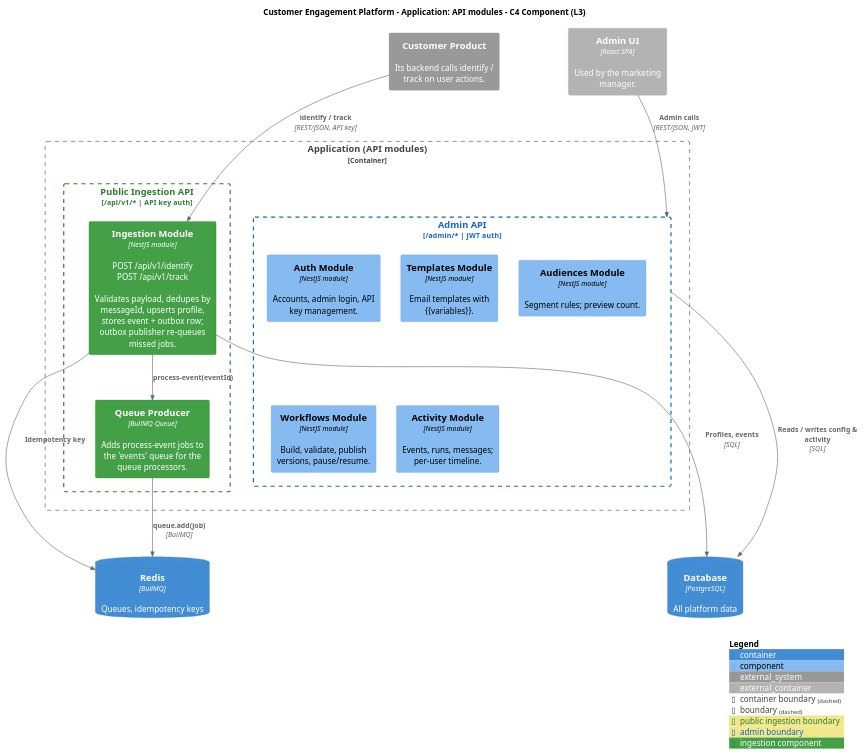
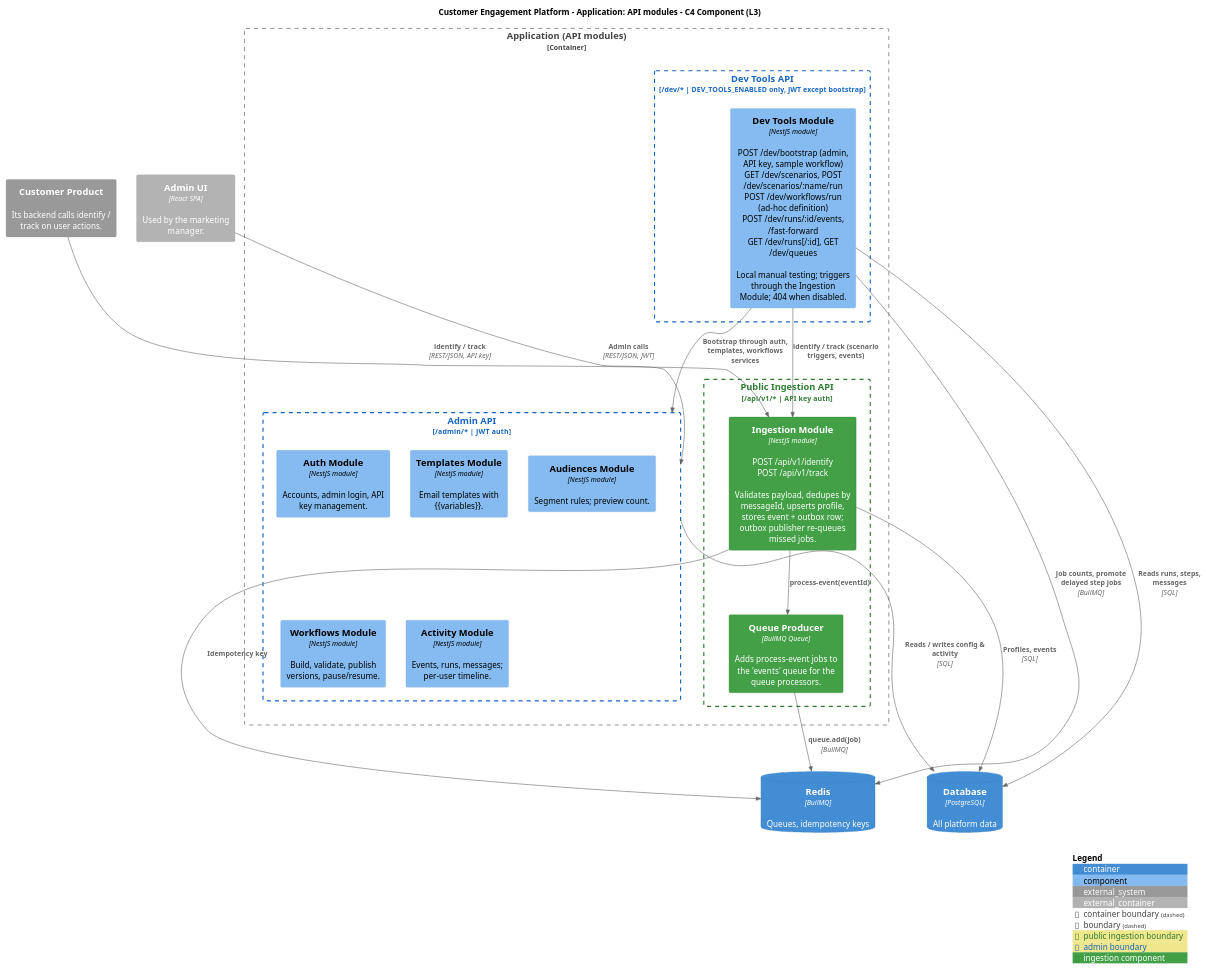
The diagram in documentation/c4-component-api-server.puml (myroslavve/customer-engagement-platform), drawn with PlantUML before and after one commit. The commit also changed 49 other files, not shown here.

First line of the commit message:
feat: add dev tools endpoints and HTTP-level integration tests

```diff
--- a/documentation/c4-component-api-server.puml
+++ b/documentation/c4-component-api-server.puml
@@ -1,54 +1,65 @@
 @startuml C4_L3_API_Server
 !include <C4/C4_Component>
 
 title Customer Engagement Platform - Application: API modules - C4 Component (L3)
 
 AddBoundaryTag("public", $borderColor="#2E7D32", $fontColor="#2E7D32", $borderThickness="2", $legendText="public ingestion boundary")
 AddBoundaryTag("admin", $borderColor="#1565C0", $fontColor="#1565C0", $borderThickness="2", $legendText="admin boundary")
 AddComponentTag("ingest", $bgColor="#43A047", $borderColor="#2E7D32", $fontColor="#ffffff", $legendText="ingestion component")
 
 System_Ext(product, "Customer Product", "Its backend calls identify / track on user actions.")
 Container_Ext(adminUi, "Admin UI", "React SPA", "Used by the marketing manager.")
 
 Container_Boundary(api, "Application (API modules)") {
 
   Boundary(publicApi, "Public Ingestion API", "/api/v1/*  |  API key auth", $tags="public") {
     Component(ingestMod, "Ingestion Module", "NestJS module", "POST /api/v1/identify\nPOST /api/v1/track\n\nValidates payload, dedupes by messageId, upserts profile, stores event + outbox row; outbox publisher re-queues missed jobs.", $tags="ingest")
     Component(producer, "Queue Producer", "BullMQ Queue", "Adds process-event jobs to the 'events' queue for the queue processors.", $tags="ingest")
   }
 
   Boundary(adminApi, "Admin API", "/admin/*  |  JWT auth", $tags="admin") {
     Component(authMod, "Auth Module", "NestJS module", "Accounts, admin login, API key management.")
     Component(templatesMod, "Templates Module", "NestJS module", "Email templates with {{variables}}.")
     Component(audiencesMod, "Audiences Module", "NestJS module", "Segment rules; preview count.")
     Component(workflowsMod, "Workflows Module", "NestJS module", "Build, validate, publish versions, pause/resume.")
     Component(activityMod, "Activity Module", "NestJS module", "Events, runs, messages; per-user timeline.")
+  }
+
+  Boundary(devApi, "Dev Tools API", "/dev/*  |  DEV_TOOLS_ENABLED only, JWT except bootstrap", $tags="admin") {
+    Component(devToolsMod, "Dev Tools Module", "NestJS module", "POST /dev/bootstrap (admin, API key, sample workflow)\nGET /dev/scenarios, POST /dev/scenarios/:name/run\nPOST /dev/workflows/run (ad-hoc definition)\nPOST /dev/runs/:id/events, /fast-forward\nGET /dev/runs[/:id], GET /dev/queues\n\nLocal manual testing; triggers through the Ingestion Module; 404 when disabled.")
   }
 }
 
 ContainerDb(redis, "Redis", "BullMQ", "Queues, idempotency keys")
 ContainerDb(pg, "Database", "PostgreSQL", "All platform data")
 
 ' ---- layout hints ----
 Lay_R(product, adminUi)
 Lay_R(publicApi, adminApi)
 Lay_D(ingestMod, producer)
 Lay_R(authMod, templatesMod)
 Lay_R(templatesMod, audiencesMod)
 Lay_D(authMod, workflowsMod)
 Lay_R(workflowsMod, activityMod)
 Lay_R(redis, pg)
 
 ' ---- ingestion path ----
 Rel(product, ingestMod, "identify / track", "REST/JSON, API key")
 Rel(ingestMod, producer, "process-event(eventId)")
 Rel(ingestMod, pg, "Profiles, events", "SQL")
 Rel(ingestMod, redis, "Idempotency key")
 Rel(producer, redis, "queue.add(job)", "BullMQ")
 
 ' ---- admin path ----
 Rel(adminUi, adminApi, "Admin calls", "REST/JSON, JWT")
 Rel(adminApi, pg, "Reads / writes config & activity", "SQL")
 
+' ---- dev tools (local only) ----
+Lay_D(adminApi, devApi)
+Rel(devToolsMod, adminApi, "Bootstrap through auth, templates, workflows services")
+Rel(devToolsMod, ingestMod, "identify / track (scenario triggers, events)")
+Rel(devToolsMod, pg, "Reads runs, steps, messages", "SQL")
+Rel(devToolsMod, redis, "Job counts, promote delayed step jobs", "BullMQ")
+
 SHOW_LEGEND()
 @enduml
```
